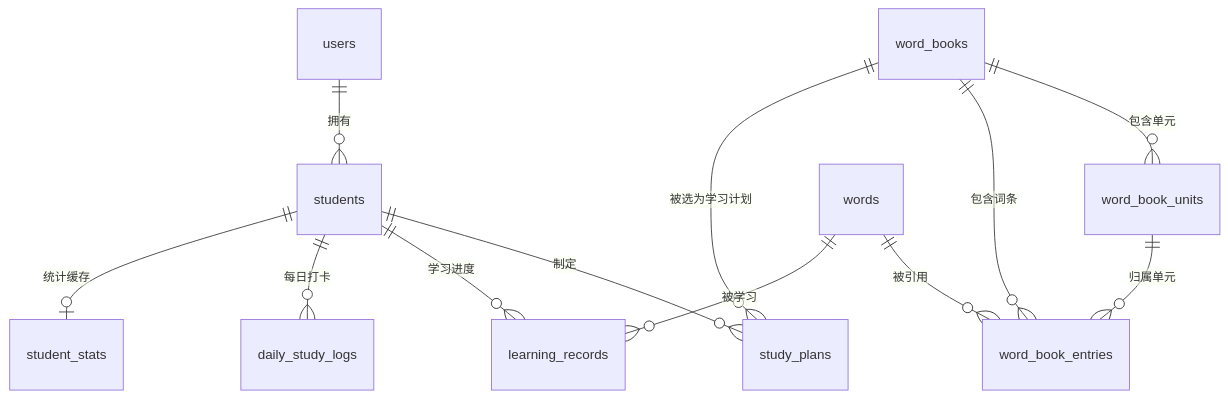
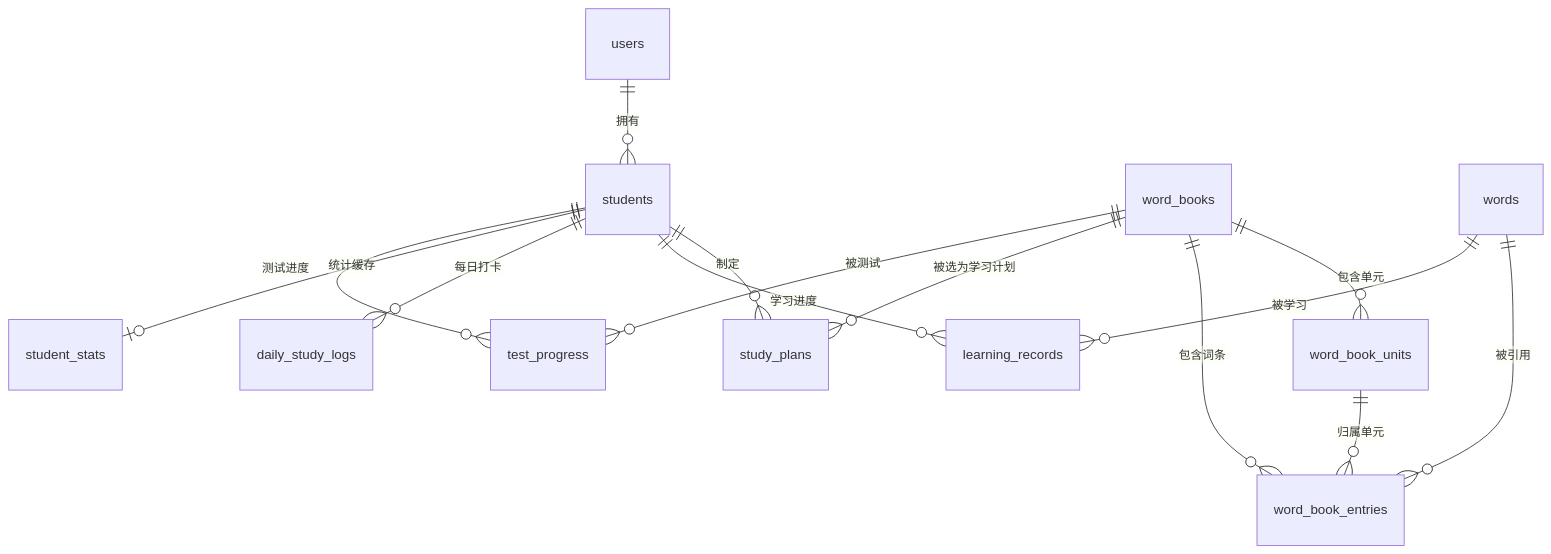
The diagram in docs/database-schema.md (sunsheng/kids-english-family), drawn with Mermaid before and after one commit. The commit also changed other lines of this file and 13 other files, not shown here.

````diff
--- a/docs/database-schema.md
+++ b/docs/database-schema.md
@@ -15,14 +16,16 @@
 ```mermaid
 erDiagram
     users ||--o{ students : "拥有"
     students ||--o{ study_plans : "制定"
     students ||--o{ learning_records : "学习进度"
     students ||--o{ daily_study_logs : "每日打卡"
     students ||--o| student_stats : "统计缓存"
     word_books ||--o{ word_book_units : "包含单元"
     word_books ||--o{ word_book_entries : "包含词条"
     word_book_units ||--o{ word_book_entries : "归属单元"
     words ||--o{ word_book_entries : "被引用"
     words ||--o{ learning_records : "被学习"
     word_books ||--o{ study_plans : "被选为学习计划"
+    students ||--o{ test_progress : "测试进度"
+    word_books ||--o{ test_progress : "被测试"
 ```
````
